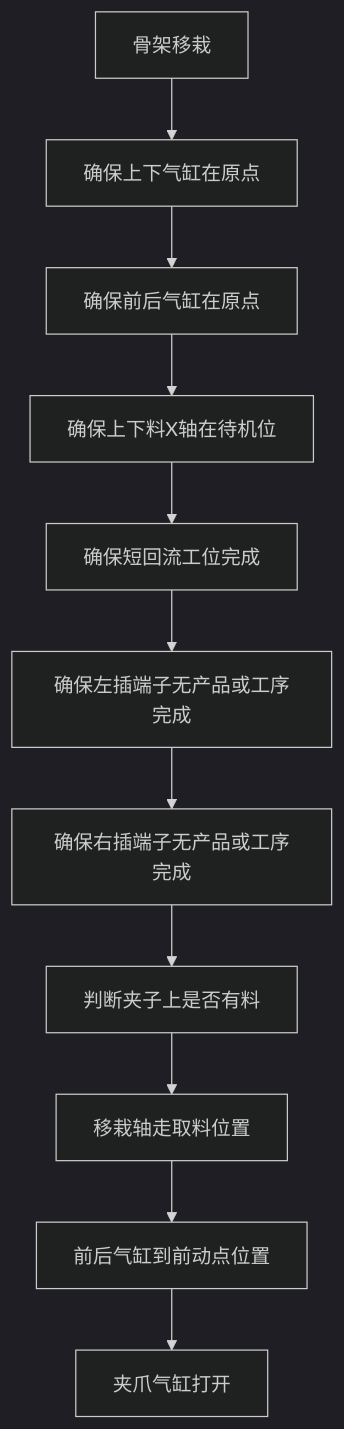
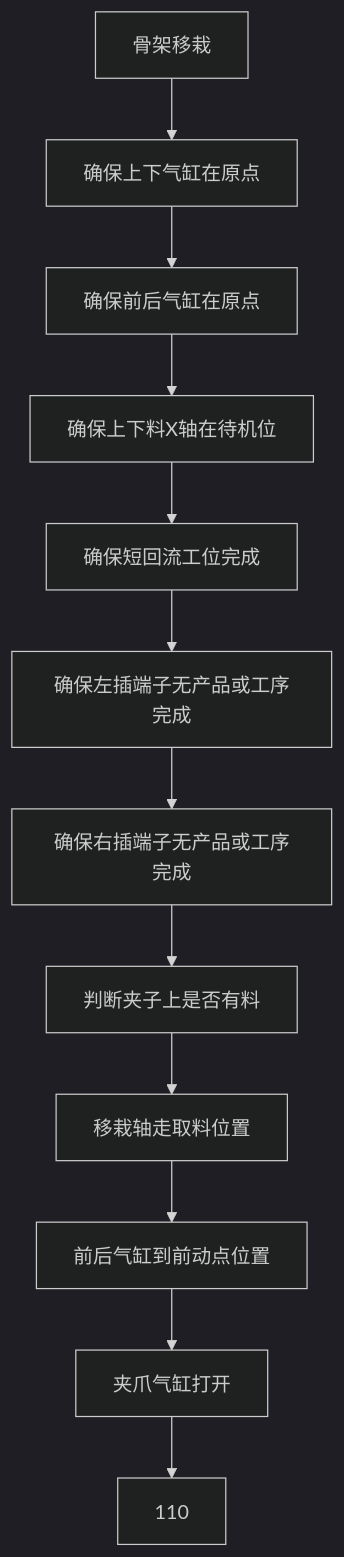
Before and after one commit to zmq000/iodraw-files: the diagram in all/VR-OP90骨架移栽.md, drawn with Mermaid (dark theme).

Commit message:
2026-06-18 10:42:27 update

````diff
--- a/all/VR-OP90骨架移栽.md
+++ b/all/VR-OP90骨架移栽.md
@@ -1,17 +1,19 @@
 ```mermaid
 graph TD
    0[骨架移栽]-->10
    10[确保上下气缸在原点]-->20
    20[确保前后气缸在原点]-->30
    30[确保上下料X轴在待机位]-->40
    40[确保短回流工位完成]-->50
    50[确保左插端子无产品或工序完成]-->60
    60[确保右插端子无产品或工序完成]-->70
    70[判断夹子上是否有料]-->80
    80[移栽轴走取料位置]-->90
    90[前后气缸到前动点位置]-->100
-   100[夹爪气缸打开]
+   100[夹爪气缸打开]-->110
+   110
+
 
 
   
 ```
````
